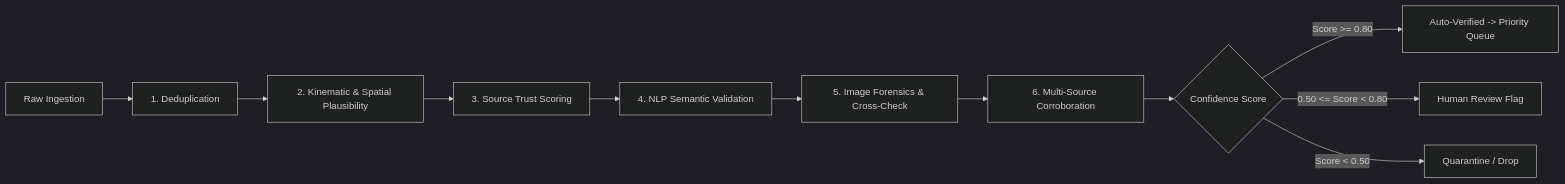
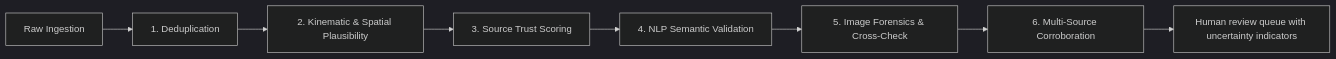
Before and after one commit to aryxn-builds/DisasterOps-AI: the second of 2 diagrams in MODULES.md, drawn with Mermaid (dark theme). The commit also changed other lines of this file and 62 other files, not shown here.

````diff
--- a/MODULES.md
+++ b/MODULES.md
@@ -219,13 +219,10 @@
 ```mermaid
 flowchart LR
     Raw["Raw Ingestion"] --> Dup["1. Deduplication"]
     Dup --> Loc["2. Kinematic & Spatial Plausibility"]
     Loc --> Trust["3. Source Trust Scoring"]
     Trust --> NLP["4. NLP Semantic Validation"]
     NLP --> Img["5. Image Forensics & Cross-Check"]
     Img --> Corrob["6. Multi-Source Corroboration"]
-    Corrob --> Verdict{"Confidence Score"}
-    Verdict -->|Score >= 0.80| AutoDispatch["Auto-Verified -> Priority Queue"]
-    Verdict -->|0.50 <= Score < 0.80| ReviewQueue["Human Review Flag"]
-    Verdict -->|Score < 0.50| Quarantine["Quarantine / Drop"]
+    Corrob --> ReviewQueue["Human review queue with uncertainty indicators"]
 ```
````
